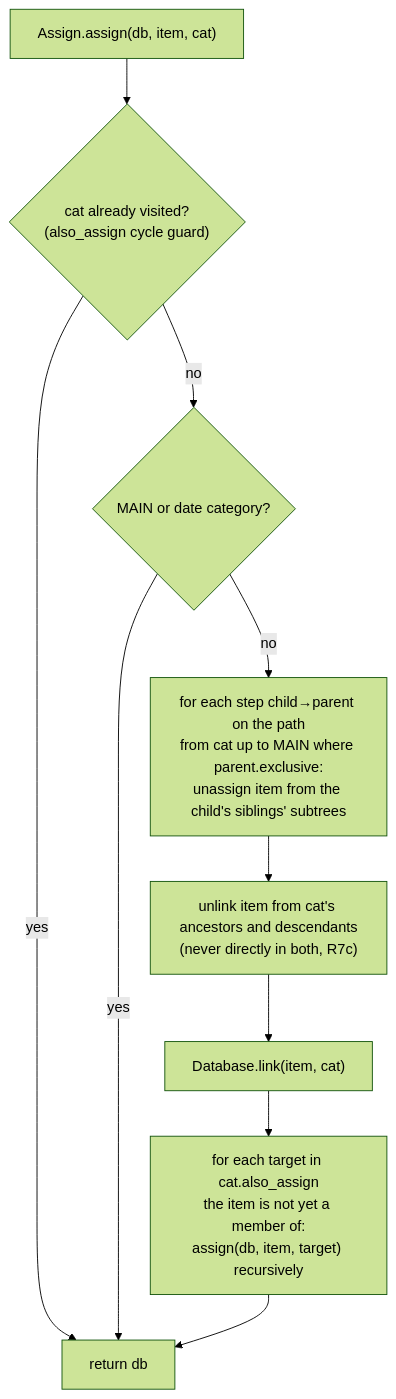
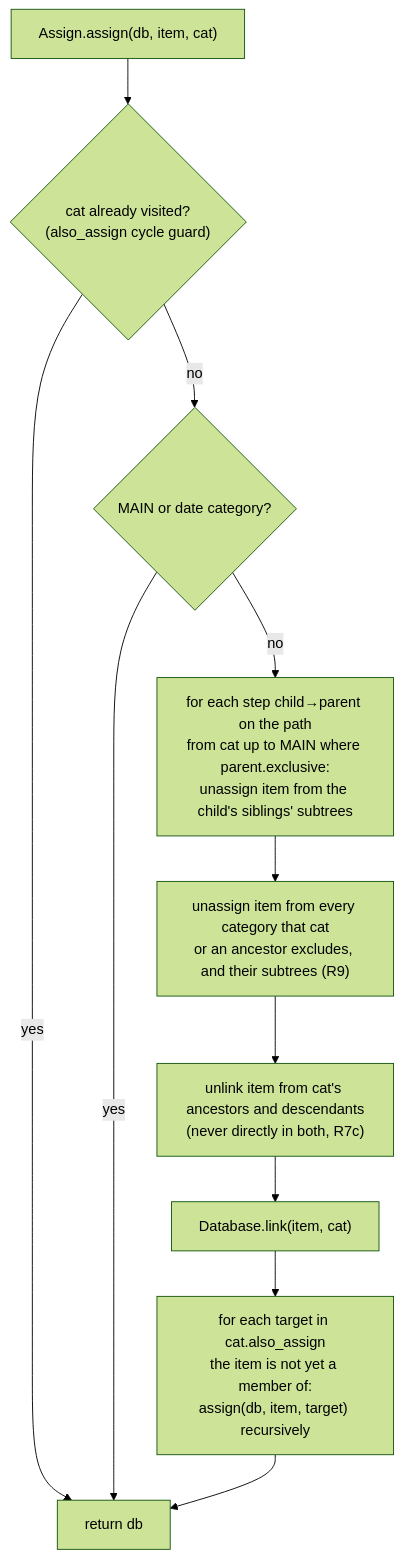
Before and after one commit to jamting/agendum: the third of 7 diagrams in docs/DATA_ACCESS.md, drawn with Mermaid (forest theme). The commit also changed other lines of this file and 12 other files, not shown here.

````diff
--- a/docs/DATA_ACCESS.md
+++ b/docs/DATA_ACCESS.md
@@ -194,12 +195,13 @@
 ```mermaid
 flowchart TD
     A["Assign.assign(db, item, cat)"] --> V{"cat already visited?<br/>(also_assign cycle guard)"}
     V -- yes --> R["return db"]
     V -- no --> M{"MAIN or date category?"}
     M -- yes --> R
     M -- no --> X["for each step child→parent on the path<br/>from cat up to MAIN where parent.exclusive:<br/>unassign item from the child's siblings' subtrees"]
-    X --> AN["unlink item from cat's ancestors and descendants<br/>(never directly in both, R7c)"]
+    X --> N["unassign item from every category that cat<br/>or an ancestor excludes, and their subtrees (R9)"]
+    N --> AN["unlink item from cat's ancestors and descendants<br/>(never directly in both, R7c)"]
     AN --> L["Database.link(item, cat)"]
     L --> Y["for each target in cat.also_assign<br/>the item is not yet a member of:<br/>assign(db, item, target) recursively"]
     Y --> R
 ```
````
